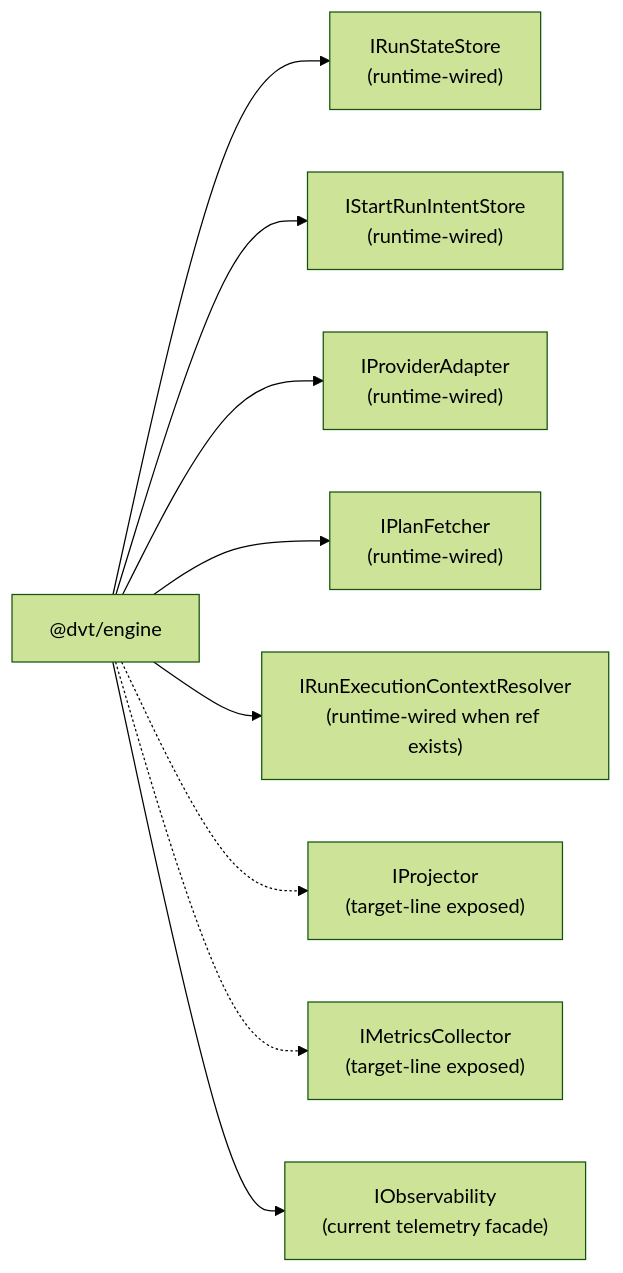
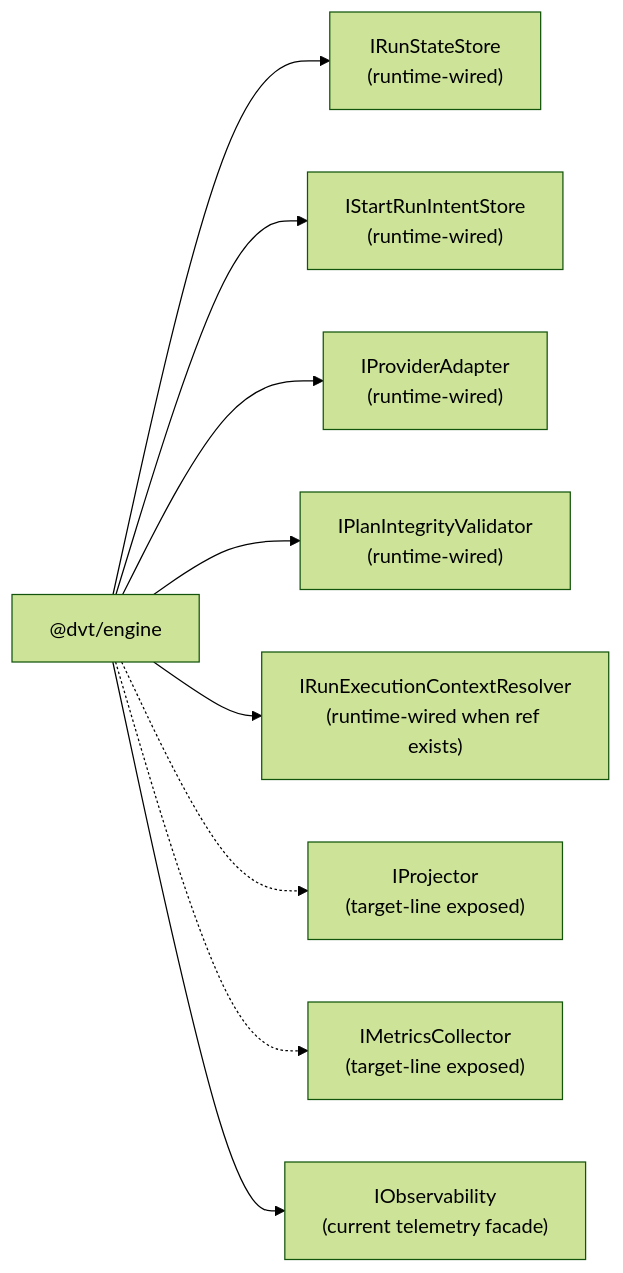
The fourth of 5 diagrams in docs/architecture/components/engine/architecture/c4-engine.md (dunay2/dvt), drawn with Mermaid (forest theme) before and after one commit. The commit also changed other lines of this file and 32 other files, not shown here.

````diff
--- a/docs/architecture/components/engine/architecture/c4-engine.md
+++ b/docs/architecture/components/engine/architecture/c4-engine.md
@@ -163,11 +163,11 @@
 ```mermaid
 flowchart LR
   Engine["@dvt/engine"] --> State["IRunStateStore<br/>(runtime-wired)"]
   Engine --> Intent["IStartRunIntentStore<br/>(runtime-wired)"]
   Engine --> Provider["IProviderAdapter<br/>(runtime-wired)"]
-  Engine --> Plan["IPlanFetcher<br/>(runtime-wired)"]
+  Engine --> Plan["IPlanIntegrityValidator<br/>(runtime-wired)"]
   Engine --> RunCtx["IRunExecutionContextResolver<br/>(runtime-wired when ref exists)"]
   Engine -.-> Proj["IProjector<br/>(target-line exposed)"]
   Engine -.-> Metrics["IMetricsCollector<br/>(target-line exposed)"]
   Engine --> ObsFacade["IObservability<br/>(current telemetry facade)"]
 ```
````
